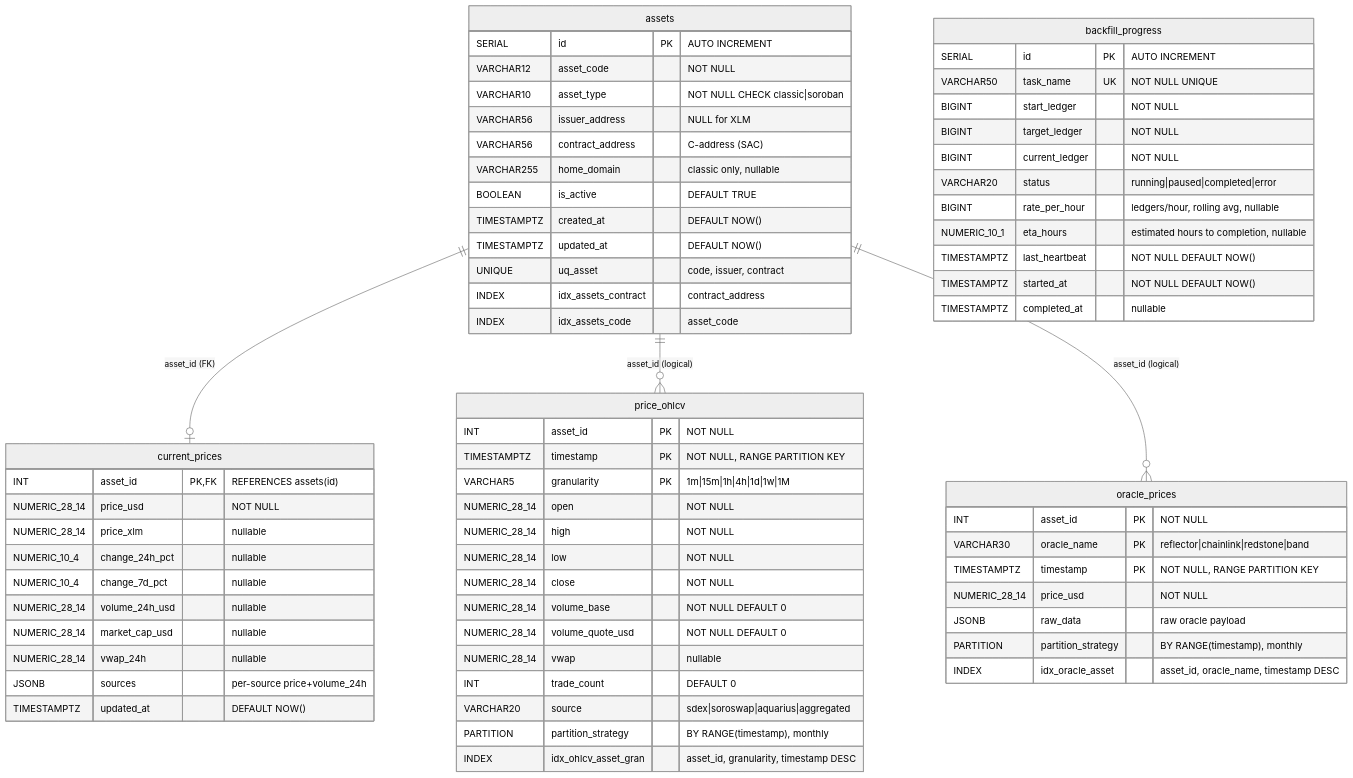
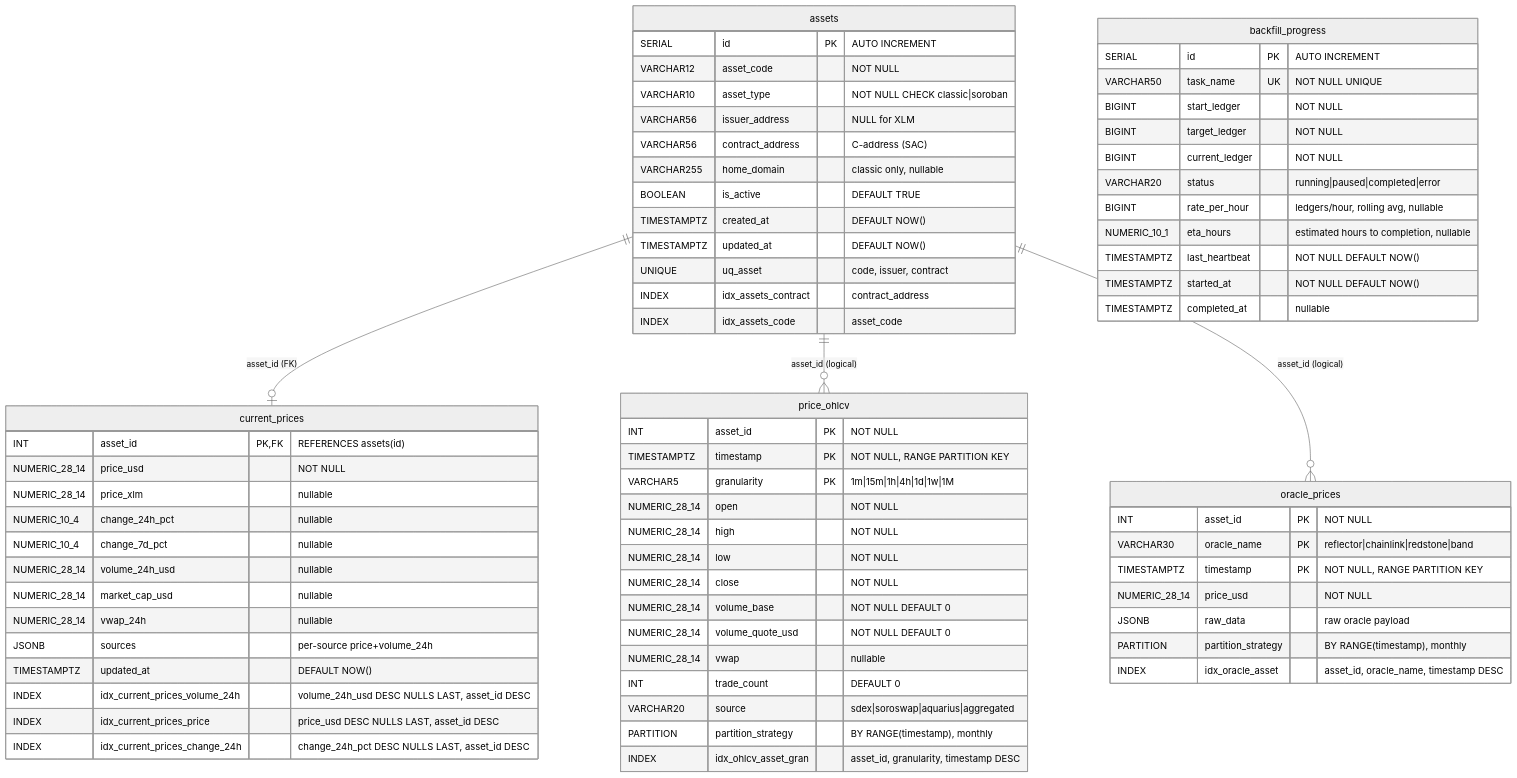
Diagram 13 of 13 in docs/database-schema/database-schema-overview.md (rumblefishdev/stellar-prices-api), drawn with Mermaid (neutral theme) before and after one commit. The commit also changed other lines of this file and 1 other file, not shown here.

Commit message:
docs: add indexes to current_prices

````diff
--- a/docs/database-schema/database-schema-overview.md
+++ b/docs/database-schema/database-schema-overview.md
@@ -1287,75 +1320,78 @@
 ```mermaid
 erDiagram
     assets ||--o| current_prices : "asset_id (FK)"
     assets ||--o{ price_ohlcv    : "asset_id (logical)"
     assets ||--o{ oracle_prices  : "asset_id (logical)"
 
     assets {
         SERIAL      id PK "AUTO INCREMENT"
         VARCHAR12   asset_code "NOT NULL"
         VARCHAR10   asset_type "NOT NULL CHECK classic|soroban"
         VARCHAR56   issuer_address "NULL for XLM"
         VARCHAR56   contract_address "C-address (SAC)"
         VARCHAR255  home_domain "classic only, nullable"
         BOOLEAN     is_active "DEFAULT TRUE"
         TIMESTAMPTZ created_at "DEFAULT NOW()"
         TIMESTAMPTZ updated_at "DEFAULT NOW()"
         UNIQUE      uq_asset "code, issuer, contract"
         INDEX       idx_assets_contract "contract_address"
         INDEX       idx_assets_code "asset_code"
     }
 
     price_ohlcv {
         INT           asset_id PK "NOT NULL"
         TIMESTAMPTZ   timestamp PK "NOT NULL, RANGE PARTITION KEY"
         VARCHAR5      granularity PK "1m|15m|1h|4h|1d|1w|1M"
         NUMERIC_28_14 open "NOT NULL"
         NUMERIC_28_14 high "NOT NULL"
         NUMERIC_28_14 low "NOT NULL"
         NUMERIC_28_14 close "NOT NULL"
         NUMERIC_28_14 volume_base "NOT NULL DEFAULT 0"
         NUMERIC_28_14 volume_quote_usd "NOT NULL DEFAULT 0"
         NUMERIC_28_14 vwap "nullable"
         INT           trade_count "DEFAULT 0"
         VARCHAR20     source "sdex|soroswap|aquarius|aggregated"
         PARTITION     partition_strategy "BY RANGE(timestamp), monthly"
         INDEX         idx_ohlcv_asset_gran "asset_id, granularity, timestamp DESC"
     }
 
     current_prices {
         INT           asset_id PK,FK "REFERENCES assets(id)"
         NUMERIC_28_14 price_usd "NOT NULL"
         NUMERIC_28_14 price_xlm "nullable"
         NUMERIC_10_4  change_24h_pct "nullable"
         NUMERIC_10_4  change_7d_pct "nullable"
         NUMERIC_28_14 volume_24h_usd "nullable"
         NUMERIC_28_14 market_cap_usd "nullable"
         NUMERIC_28_14 vwap_24h "nullable"
         JSONB         sources "per-source price+volume_24h"
         TIMESTAMPTZ   updated_at "DEFAULT NOW()"
+        INDEX         idx_current_prices_volume_24h "volume_24h_usd DESC NULLS LAST, asset_id DESC"
+        INDEX         idx_current_prices_price "price_usd DESC NULLS LAST, asset_id DESC"
+        INDEX         idx_current_prices_change_24h "change_24h_pct DESC NULLS LAST, asset_id DESC"
     }
 
     oracle_prices {
         INT           asset_id PK "NOT NULL"
         VARCHAR30     oracle_name PK "reflector|chainlink|redstone|band"
         TIMESTAMPTZ   timestamp PK "NOT NULL, RANGE PARTITION KEY"
         NUMERIC_28_14 price_usd "NOT NULL"
         JSONB         raw_data "raw oracle payload"
         PARTITION     partition_strategy "BY RANGE(timestamp), monthly"
         INDEX         idx_oracle_asset "asset_id, oracle_name, timestamp DESC"
     }
 
     backfill_progress {
         SERIAL       id PK "AUTO INCREMENT"
         VARCHAR50    task_name UK "NOT NULL UNIQUE"
         BIGINT       start_ledger "NOT NULL"
         BIGINT       target_ledger "NOT NULL"
         BIGINT       current_ledger "NOT NULL"
         VARCHAR20    status "running|paused|completed|error"
         BIGINT       rate_per_hour "ledgers/hour, rolling avg, nullable"
         NUMERIC_10_1 eta_hours "estimated hours to completion, nullable"
         TIMESTAMPTZ  last_heartbeat "NOT NULL DEFAULT NOW()"
         TIMESTAMPTZ  started_at "NOT NULL DEFAULT NOW()"
         TIMESTAMPTZ  completed_at "nullable"
     }
 ```
````
